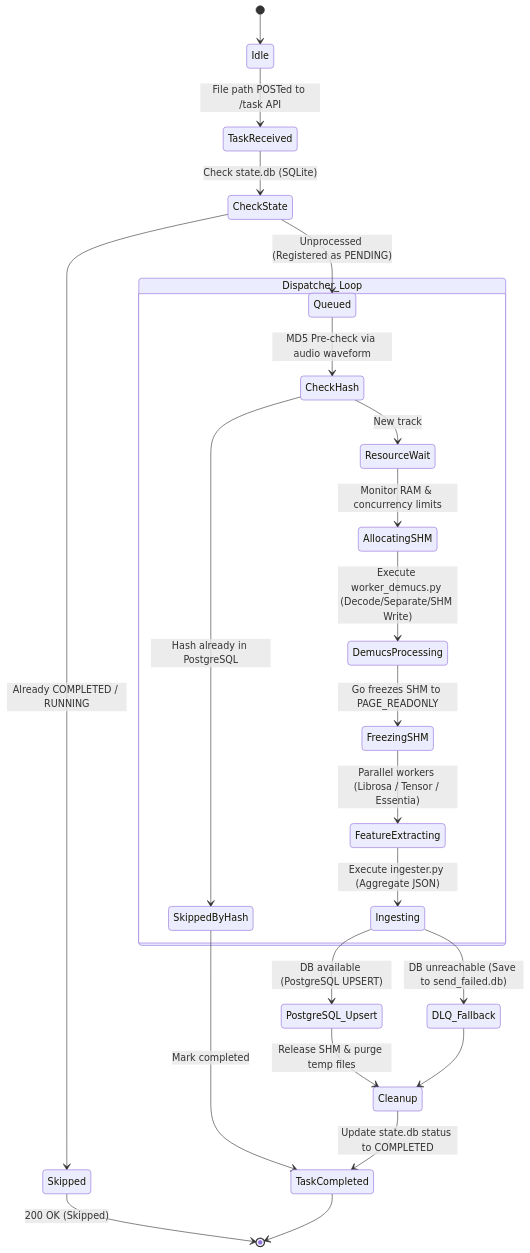
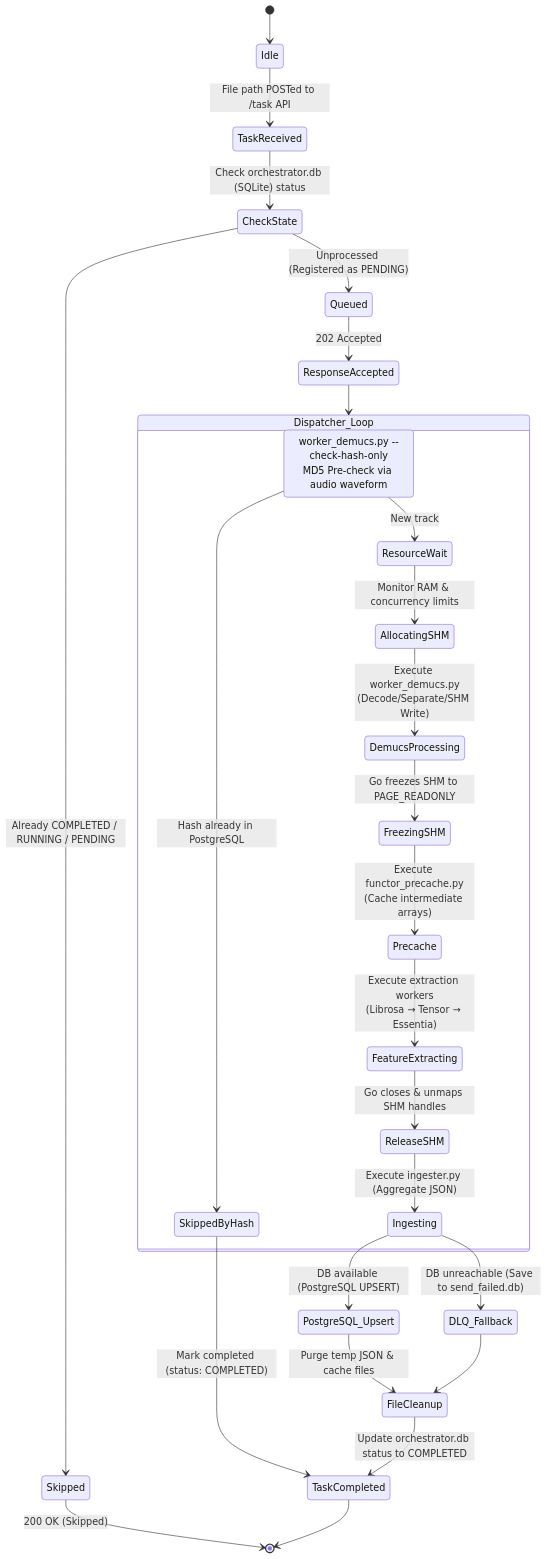
Before and after one commit to letwir/flac_analyzer_forwin: the third of 4 diagrams in README.md, drawn with Mermaid. The commit also changed other lines of this file and 3 other files, not shown here.

Commit message:
docs: update Mermaid state diagrams in README.md

````diff
--- a/README.md
+++ b/README.md
@@ -438,33 +442,37 @@
 ```mermaid
 stateDiagram-v2
     [*] --> Idle
     Idle --> TaskReceived: File path POSTed to /task API
-    TaskReceived --> CheckState: Check state.db (SQLite)
+    TaskReceived --> CheckState: Check orchestrator.db (SQLite) status
     
-    CheckState --> Skipped: Already COMPLETED / RUNNING
+    CheckState --> Skipped: Already COMPLETED / RUNNING / PENDING
     CheckState --> Queued: Unprocessed (Registered as PENDING)
     
     Skipped --> [*]: 200 OK (Skipped)
+    Queued --> ResponseAccepted: 202 Accepted
+    ResponseAccepted --> Dispatcher_Loop
     
     state Dispatcher_Loop {
-        Queued --> CheckHash: MD5 Pre-check via audio waveform
+        CheckHash: worker_demucs.py --check-hash-only<br/>MD5 Pre-check via audio waveform
         CheckHash --> SkippedByHash: Hash already in PostgreSQL
         CheckHash --> ResourceWait: New track
         
         ResourceWait --> AllocatingSHM: Monitor RAM & concurrency limits
-        AllocatingSHM --> DemucsProcessing: Execute worker_demucs.py (Decode/Separate/SHM Write)
+        AllocatingSHM --> DemucsProcessing: Execute worker_demucs.py<br/>(Decode/Separate/SHM Write)
         DemucsProcessing --> FreezingSHM: Go freezes SHM to PAGE_READONLY
-        FreezingSHM --> FeatureExtracting: Parallel workers (Librosa / Tensor / Essentia)
-        FeatureExtracting --> Ingesting: Execute ingester.py (Aggregate JSON)
+        FreezingSHM --> Precache: Execute functor_precache.py<br/>(Cache intermediate arrays)
+        Precache --> FeatureExtracting: Execute extraction workers<br/>(Librosa → Tensor → Essentia)
+        FeatureExtracting --> ReleaseSHM: Go closes & unmaps SHM handles
+        ReleaseSHM --> Ingesting: Execute ingester.py (Aggregate JSON)
     }
     
-    SkippedByHash --> TaskCompleted: Mark completed
+    SkippedByHash --> TaskCompleted: Mark completed (status: COMPLETED)
     Ingesting --> PostgreSQL_Upsert: DB available (PostgreSQL UPSERT)
     Ingesting --> DLQ_Fallback: DB unreachable (Save to send_failed.db)
     
-    PostgreSQL_Upsert --> Cleanup: Release SHM & purge temp files
-    DLQ_Fallback --> Cleanup
+    PostgreSQL_Upsert --> FileCleanup: Purge temp JSON & cache files
+    DLQ_Fallback --> FileCleanup
     
-    Cleanup --> TaskCompleted: Update state.db status to COMPLETED
+    FileCleanup --> TaskCompleted: Update orchestrator.db status to COMPLETED
     TaskCompleted --> [*]
 ```
````
